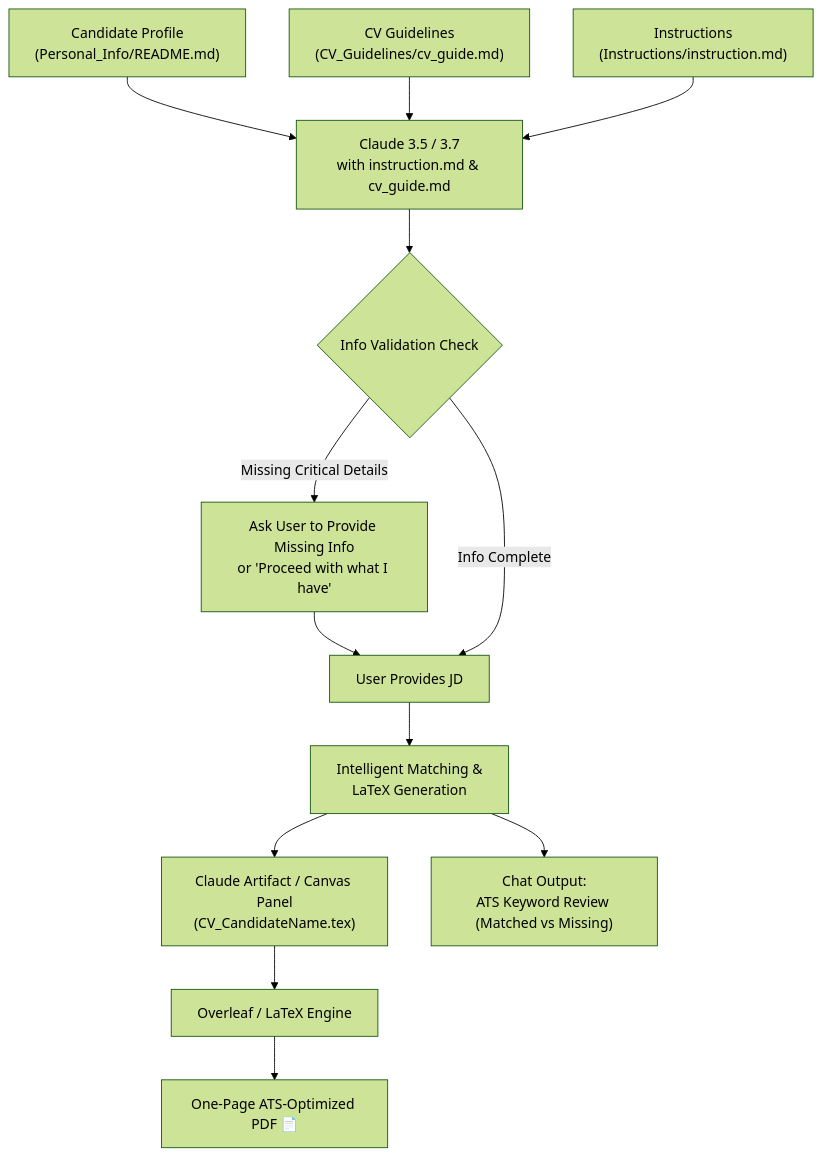
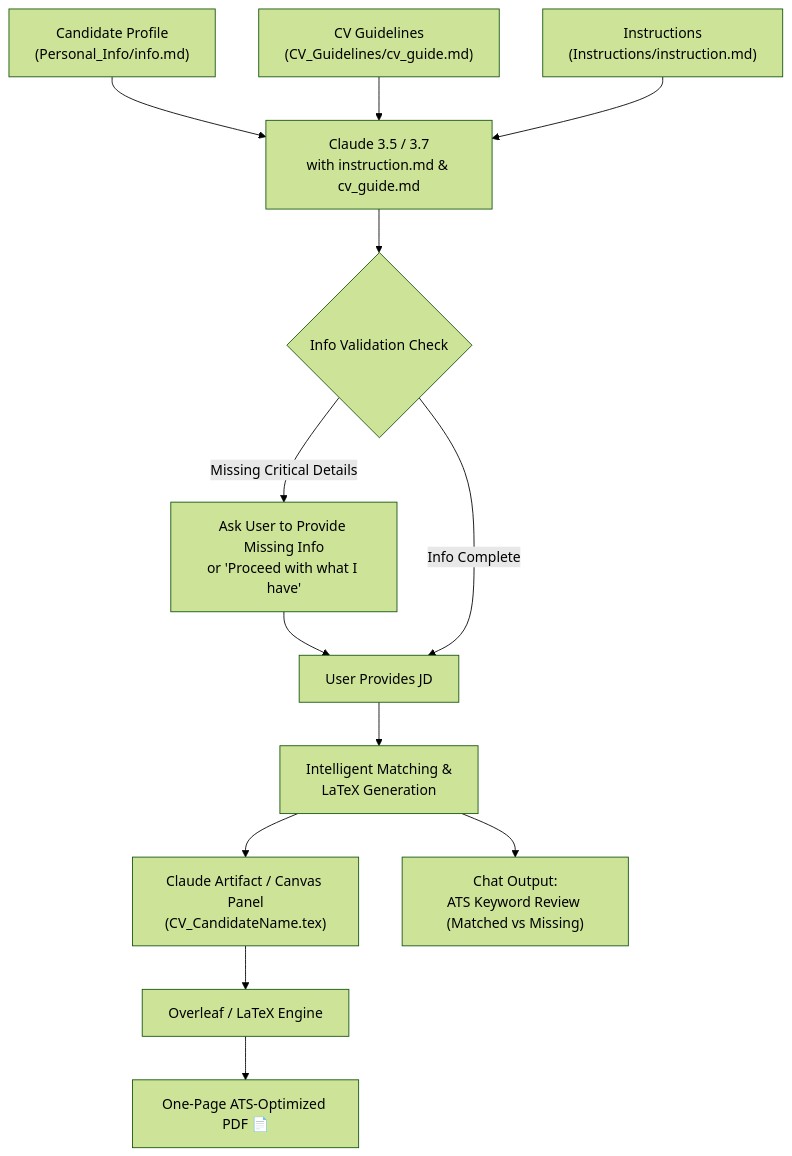
Before and after one commit to sachilz/ATS-CV-Generator-Framework: the diagram in README.md, drawn with Mermaid (forest theme). The commit also changed other lines of this file and 1 other file, not shown here.

Commit message:
feat: add instruction.md and update README.md for CV generation framework

````diff
--- a/README.md
+++ b/README.md
@@ -46,18 +46,18 @@
 ```mermaid
 flowchart TD
-    A["Candidate Profile\n(Personal_Info/README.md)"] --> D["Claude 3.5 / 3.7\nwith instruction.md & cv_guide.md"]
+    A["Candidate Profile\n(Personal_Info/info.md)"] --> D["Claude 3.5 / 3.7\nwith instruction.md & cv_guide.md"]
     B["CV Guidelines\n(CV_Guidelines/cv_guide.md)"] --> D
     C["Instructions\n(Instructions/instruction.md)"] --> D
     
     D --> E{"Info Validation Check"}
     E -- Missing Critical Details --> F["Ask User to Provide Missing Info\nor 'Proceed with what I have'"]
     F --> G["User Provides JD"]
     E -- Info Complete --> G
     
     G --> H["Intelligent Matching &\nLaTeX Generation"]
     H --> I["Claude Artifact / Canvas Panel\n(CV_CandidateName.tex)"]
     H --> J["Chat Output:\nATS Keyword Review (Matched vs Missing)"]
     
     I --> K["Overleaf / LaTeX Engine"]
     K --> L["One-Page ATS-Optimized PDF 📄"]
 ```
````
